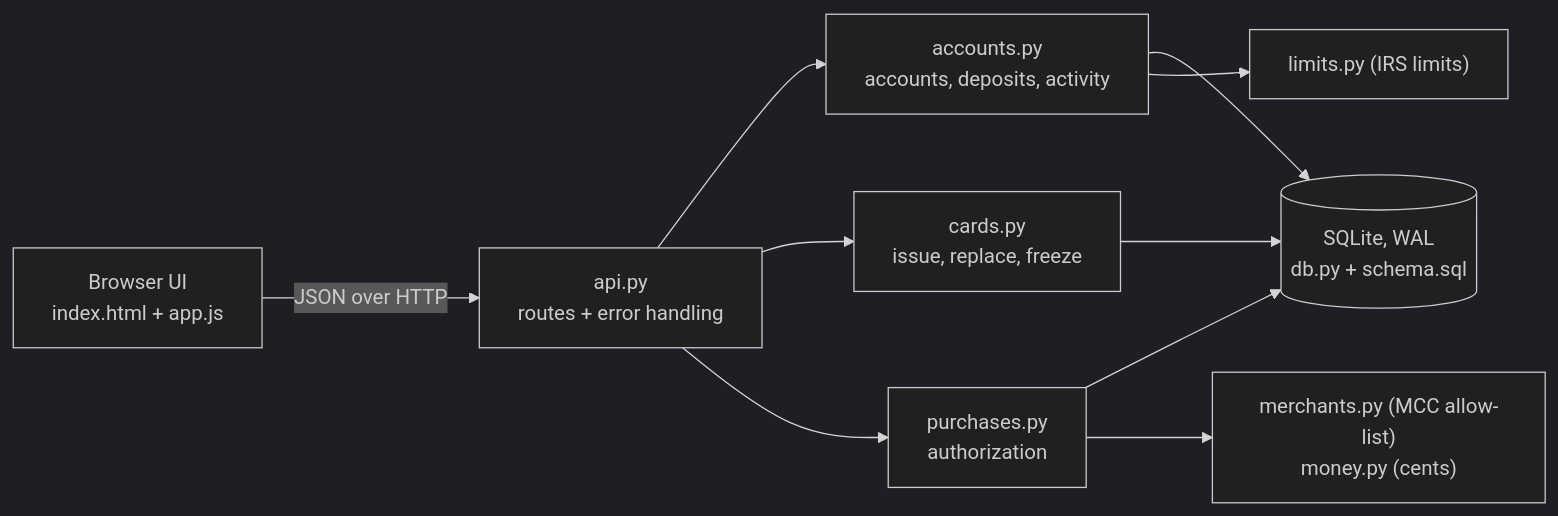
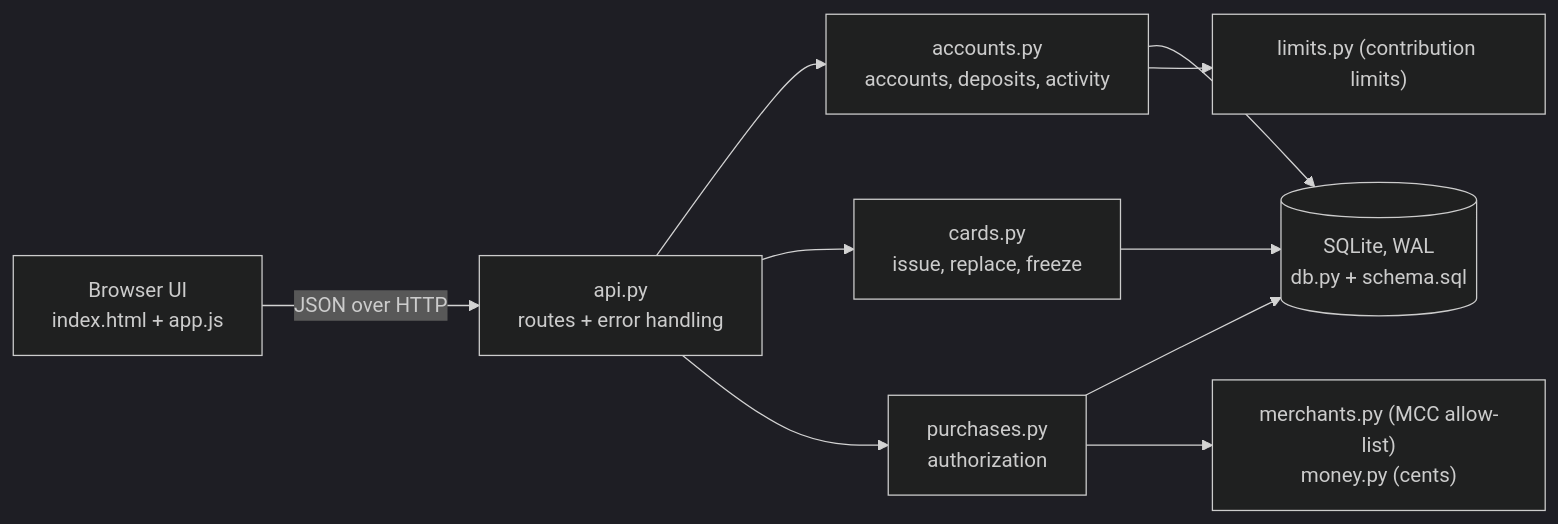
One commit to racheltcp/hsa-platform changed the first of 3 diagrams in architecture.md. Above: the diagram before and after it, drawn with Mermaid (dark theme). The commit also changed other lines of this file, not shown here.

````diff
--- a/architecture.md
+++ b/architecture.md
@@ -5,10 +5,10 @@
 ```mermaid
 flowchart LR
     UI["Browser UI<br/>index.html + app.js"] -- "JSON over HTTP" --> API["api.py<br/>routes + error handling"]
     API --> ACC["accounts.py<br/>accounts, deposits, activity"]
     API --> CARDS["cards.py<br/>issue, replace, freeze"]
     API --> PUR["purchases.py<br/>authorization"]
     ACC & CARDS & PUR --> DB[("SQLite, WAL<br/>db.py + schema.sql")]
     PUR --> RULES["merchants.py (MCC allow-list)<br/>money.py (cents)"]
-    ACC --> LIM["limits.py (IRS limits)"]
+    ACC --> LIM["limits.py (contribution limits)"]
 ```
````
